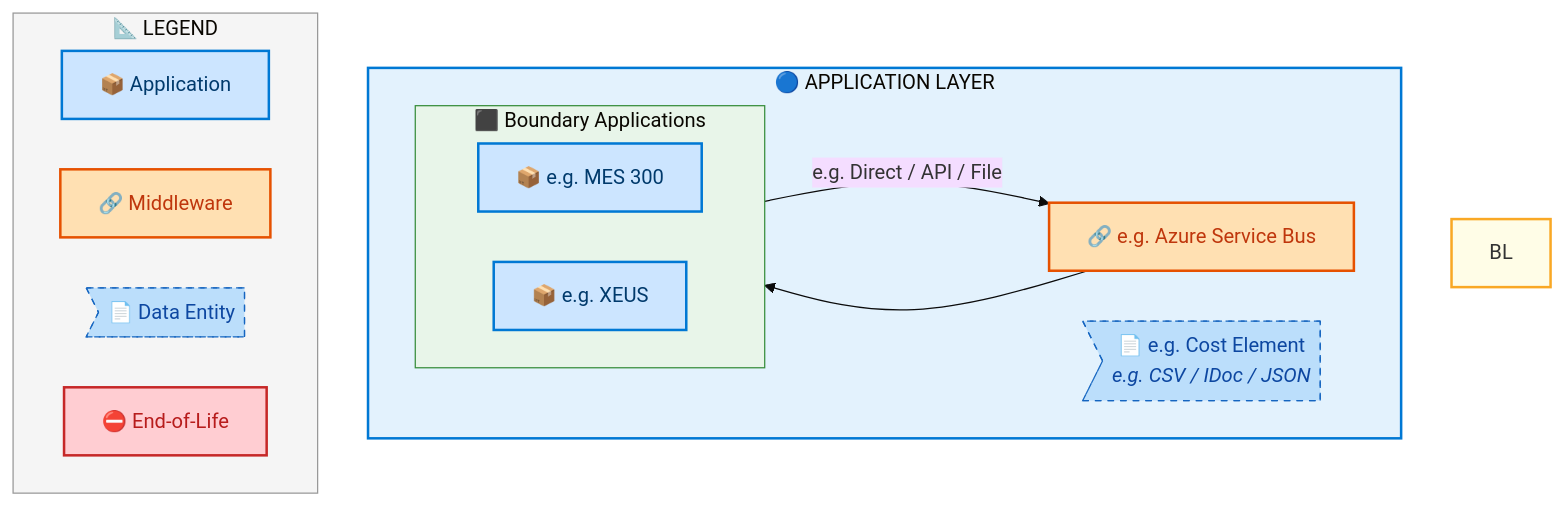
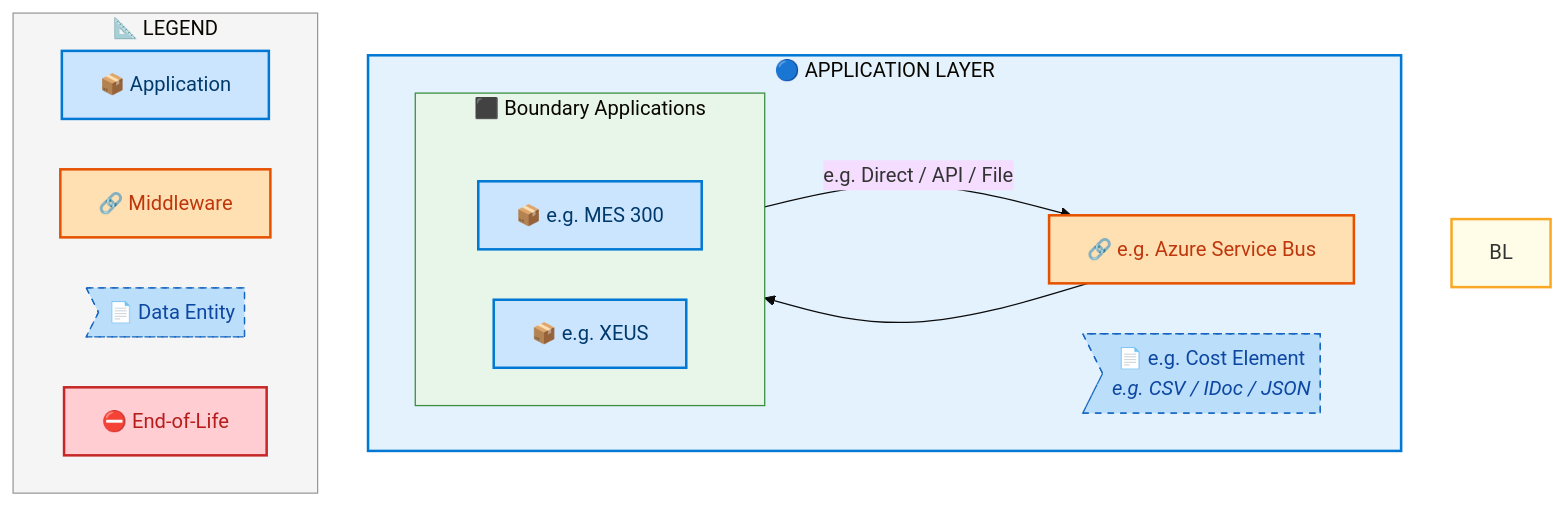
The fifth of 7 diagrams in towers/E2E/Procure to Pay/E2E-40/output/docs/systems-architecture/E2E-40-Architecture.md (sajivfrancis777/IAO-Architecture), drawn with Mermaid before and after one commit. The commit also changed other lines of this file and 250 other files, not shown here.

First line of the commit message:
perf+fix: lazy Mermaid rendering + rank-enforced layer ordering

````diff
--- a/towers/E2E/Procure to Pay/E2E-40/output/docs/systems-architecture/E2E-40-Architecture.md
+++ b/towers/E2E/Procure to Pay/E2E-40/output/docs/systems-architecture/E2E-40-Architecture.md
@@ -531,42 +533,44 @@
 ```mermaid
 %%{init: {"theme": "base", "securityLevel": "loose", "themeVariables": {"fontSize": "16px", "fontFamily": "Segoe UI, Arial, sans-serif"}, "flowchart": {"useMaxWidth": false, "htmlLabels": true, "nodeSpacing": 40, "rankSpacing": 50}} }%%
 flowchart TB
     %% -- ArchiMate 3.2 + Azure style classes --
     classDef business      fill:#FFFFB3,stroke:#F9A825,stroke-width:2px,color:#000
     classDef app           fill:#CCE5FF,stroke:#0078D4,stroke-width:2px,color:#003A6C
     classDef data          fill:#BBDEFB,stroke:#1565C0,stroke-width:1px,color:#0D47A1,stroke-dasharray: 5 5
     classDef middleware    fill:#FFE0B2,stroke:#E65100,stroke-width:2px,color:#BF360C
     classDef eol           fill:#FFCDD2,stroke:#C62828,stroke-width:2px,color:#B71C1C
     classDef saas          fill:#E1BEE7,stroke:#7B1FA2,stroke-width:2px,color:#4A148C
     classDef cloud         fill:#BBDEFB,stroke:#1565C0,stroke-width:2px,color:#0D47A1
     classDef onprem        fill:#C8E6C9,stroke:#2E7D32,stroke-width:2px,color:#1B5E20
+    classDef rankAnchor    width:0px,height:0px,padding:0px,margin:0px,fill:none,stroke:none
 
     subgraph AL["🔵 APPLICATION LAYER"]
         direction LR
         subgraph E2E40FLN_Boundary_Applications[" ⬛ Boundary Applications"]
             direction LR
+            E2E40F_ALRANK_0[ ]:::rankAnchor
             E2E40F_e_g_MES_300["📦 e.g. MES 300"]:::app
             E2E40F_e_g_XEUS["📦 e.g. XEUS"]:::app
         end
         E2E40FMW_e_g_Azure_Service_Bus["🔗 e.g. Azure Service Bus"]:::middleware
         E2E40FDE_e_g_Cost_Element>"📄 e.g. Cost Element<br/><i>e.g. CSV / IDoc / JSON</i>"]:::data
     end
 
     E2E40F_e_g_MES_300 -->|"e.g. Direct / API / File"| E2E40FMW_e_g_Azure_Service_Bus
     E2E40FMW_e_g_Azure_Service_Bus --> E2E40F_e_g_XEUS
 
 
     style BL fill:#FFFDE7,stroke:#F9A825,stroke-width:2px
     style AL fill:#E3F2FD,stroke:#0078D4,stroke-width:2px
 
     style E2E40FLN_Boundary_Applications fill:#E8F5E9,stroke:#388E3C,stroke-width:1px
 
     subgraph Legend["📐 LEGEND"]
         direction LR
         L_APP["📦 Application"]:::app
         L_MW["🔗 Middleware"]:::middleware
         L_DE>"📄 Data Entity"]:::data
         L_EOL["⛔ End-of-Life"]:::eol
     end
     style Legend fill:#F5F5F5,stroke:#999,stroke-width:1px
 ```
````
